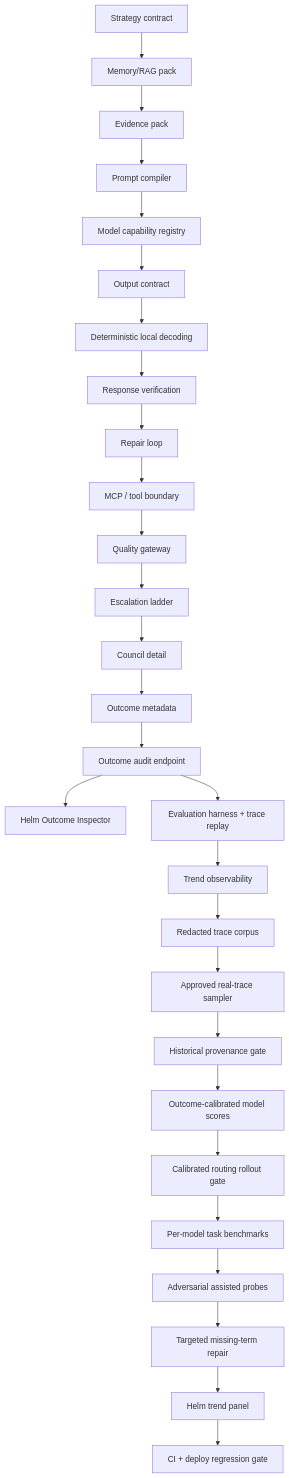
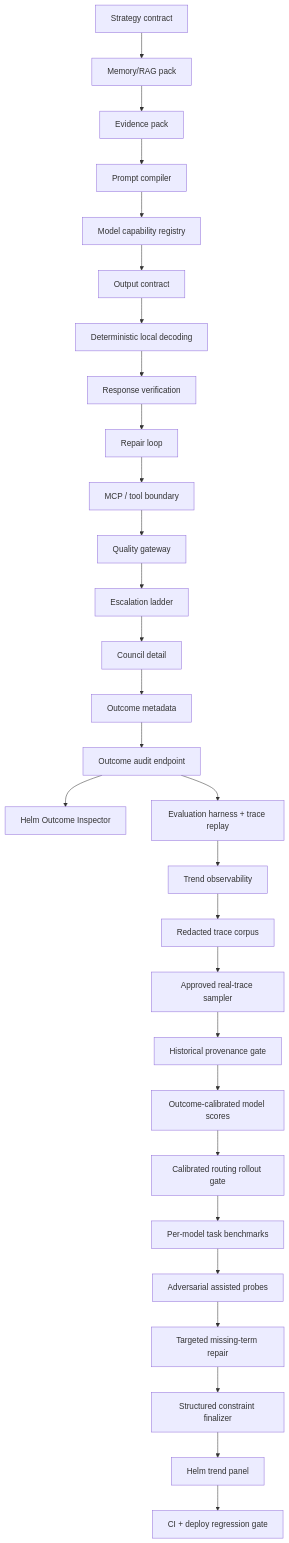
The second of 2 diagrams in docs/audit/AT0_CHAT_QUALITY_ARCHITECTURE_GAP_LEDGER_2026-07-09.md (kphaas/jarvis-alpha), drawn with Mermaid before and after one commit. The commit also changed other lines of this file and 10 other files, not shown here.

Commit message:
feat(chat): add structured constraint finalizer (#711)

````diff
--- a/docs/audit/AT0_CHAT_QUALITY_ARCHITECTURE_GAP_LEDGER_2026-07-09.md
+++ b/docs/audit/AT0_CHAT_QUALITY_ARCHITECTURE_GAP_LEDGER_2026-07-09.md
@@ -31,30 +31,31 @@
 ```mermaid
 flowchart TD
     S["Strategy contract"] --> M["Memory/RAG pack"]
     M --> C["Evidence pack"]
     C --> P["Prompt compiler"]
     P --> R["Model capability registry"]
     R --> OC["Output contract"]
     OC --> LD["Deterministic local decoding"]
     LD --> V["Response verification"]
     V --> RL["Repair loop"]
     RL --> TB["MCP / tool boundary"]
     TB --> Q["Quality gateway"]
     Q --> E["Escalation ladder"]
     E --> D["Council detail"]
     D --> O["Outcome metadata"]
     O --> A["Outcome audit endpoint"]
     A --> H["Helm Outcome Inspector"]
     A --> EV["Evaluation harness + trace replay"]
     EV --> T["Trend observability"]
     T --> RC["Redacted trace corpus"]
     RC --> RS["Approved real-trace sampler"]
     RS --> HR["Historical provenance gate"]
     HR --> MS["Outcome-calibrated model scores"]
     MS --> CR["Calibrated routing rollout gate"]
     CR --> PM["Per-model task benchmarks"]
     PM --> AP["Adversarial assisted probes"]
     AP --> MR["Targeted missing-term repair"]
-    MR --> HP["Helm trend panel"]
+    MR --> SF["Structured constraint finalizer"]
+    SF --> HP["Helm trend panel"]
     HP --> G["CI + deploy regression gate"]
 ```
````
